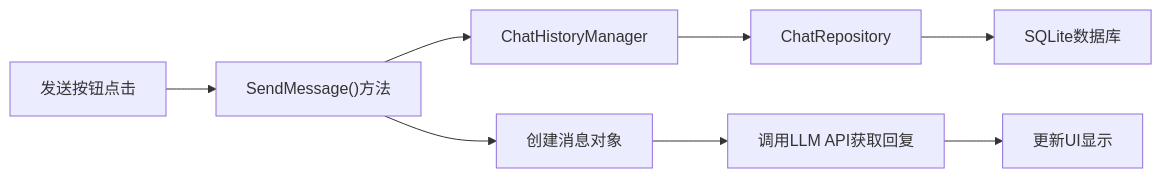
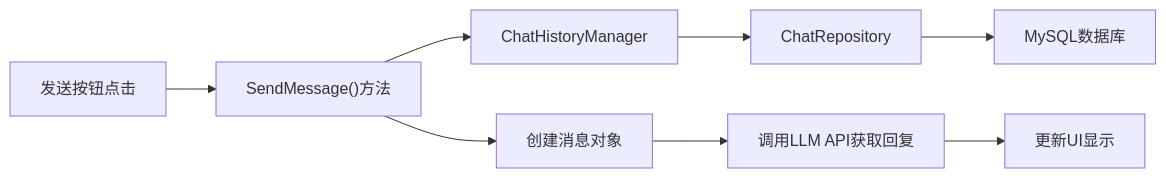
Before and after one commit to rbetree/llm-agent: the eighth of 10 diagrams in Docs/architecture/index.md, drawn with Mermaid. The commit also changed other lines of this file and 17 other files, not shown here.

````diff
--- a/Docs/architecture/index.md
+++ b/Docs/architecture/index.md
@@ -183,10 +183,10 @@
 ```mermaid
 flowchart LR
     A["发送按钮点击"] --> B["SendMessage()方法"]
     B --> C["ChatHistoryManager"]
     C --> D["ChatRepository"]
     B --> E["创建消息对象"]
-    D --> F["SQLite数据库"]
+    D --> F["MySQL数据库"]
     E --> G["调用LLM API获取回复"]
     G --> H["更新UI显示"]
 ```
````
